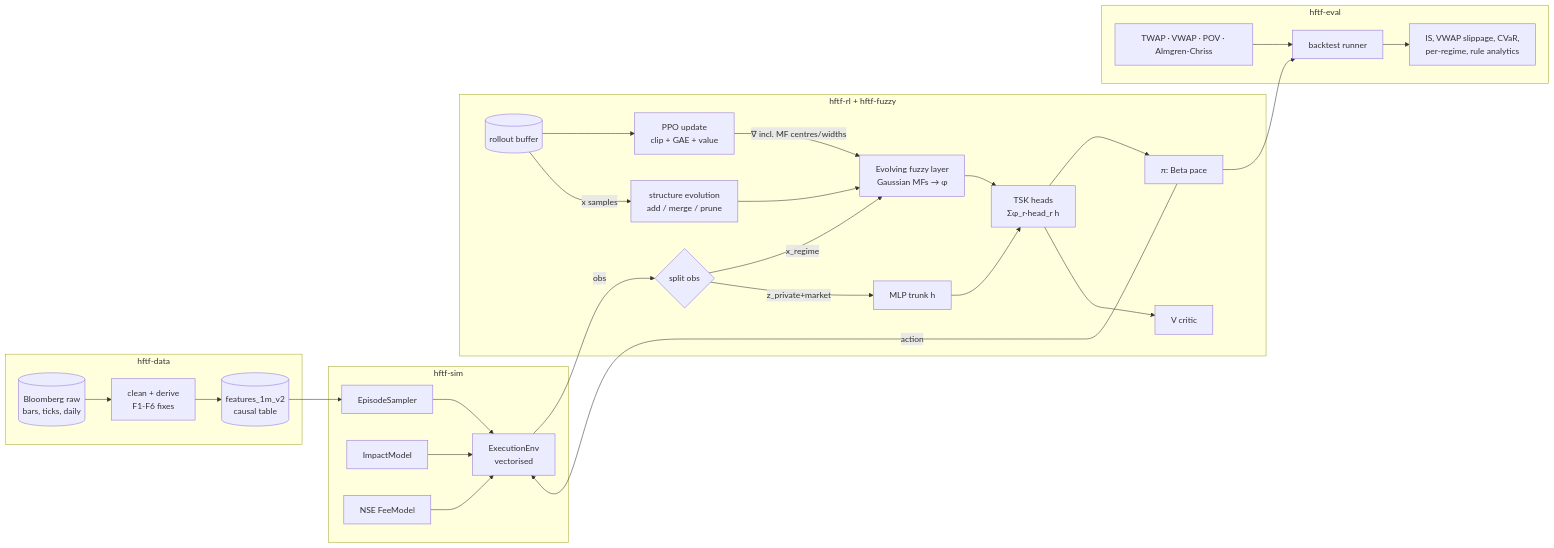
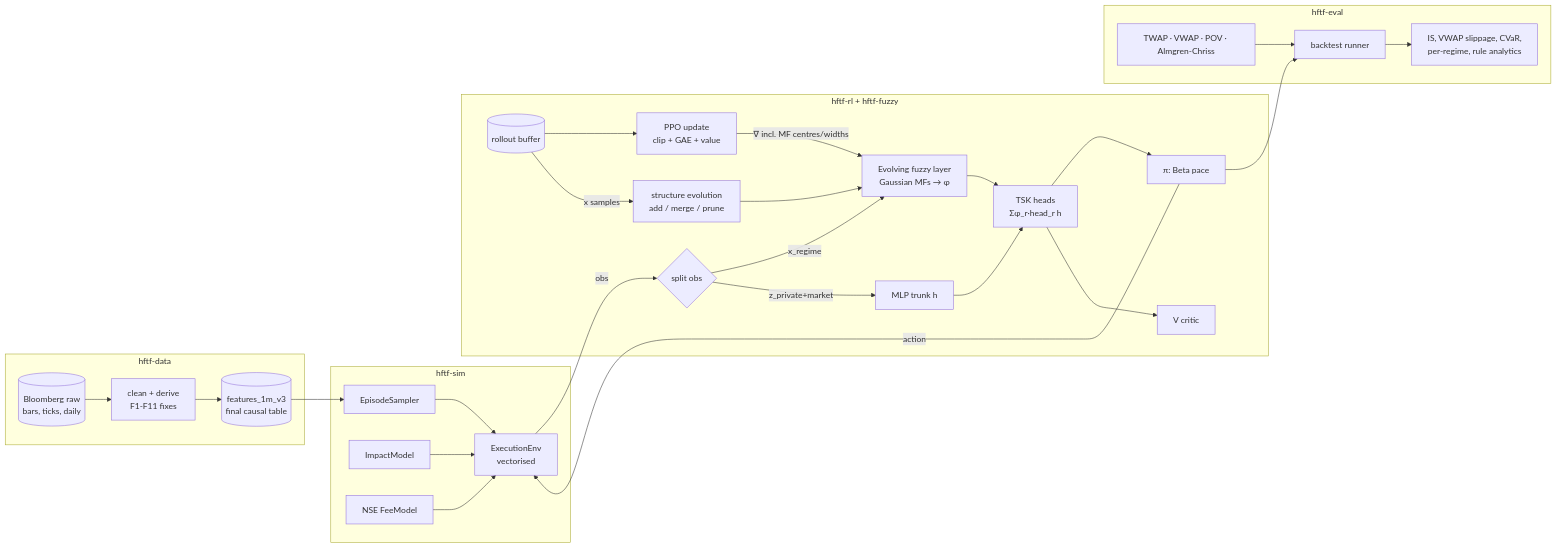
Before and after one commit to KrishKamra/fuzzy-ppo-execution: the diagram in docs/ARCHITECTURE.md, drawn with Mermaid. The commit also changed other lines of this file and 21 other files, not shown here.

````diff
--- a/docs/ARCHITECTURE.md
+++ b/docs/ARCHITECTURE.md
@@ -23,27 +23,27 @@
 ```mermaid
 flowchart LR
   subgraph data[hftf-data]
-    RAW[(Bloomberg raw<br/>bars, ticks, daily)] --> CLEAN[clean + derive<br/>F1-F6 fixes] --> FEAT[(features_1m_v2<br/>causal table)]
+    RAW[(Bloomberg raw<br/>bars, ticks, daily)] --> CLEAN[clean + derive<br/>F1-F11 fixes] --> FEAT[(features_1m_v3<br/>final causal table)]
   end
   subgraph sim[hftf-sim]
     FEAT --> SAMP[EpisodeSampler] --> ENV[ExecutionEnv<br/>vectorised]
     IMP[ImpactModel] --> ENV
     FEE[NSE FeeModel] --> ENV
   end
   subgraph agent[hftf-rl + hftf-fuzzy]
     ENV -- obs --> SPLIT{split obs}
     SPLIT -- x_regime --> EFNN[Evolving fuzzy layer<br/>Gaussian MFs → φ]
     SPLIT -- z_private+market --> TRUNK[MLP trunk h]
     EFNN --> TSK[TSK heads<br/>Σφ_r·head_r h]
     TRUNK --> TSK
     TSK --> PI[π: Beta pace] & V[V critic]
     PI -- action --> ENV
     BUF[(rollout buffer)] --> PPO[PPO update<br/>clip + GAE + value]
     PPO -- ∇ incl. MF centres/widths --> EFNN
     BUF -- x samples --> EVO[structure evolution<br/>add / merge / prune] --> EFNN
   end
   subgraph eval[hftf-eval]
     BASE[TWAP · VWAP · POV · Almgren-Chriss] --> BT[backtest runner]
     PI --> BT --> MET[IS, VWAP slippage, CVaR,<br/>per-regime, rule analytics]
   end
 ```
````
